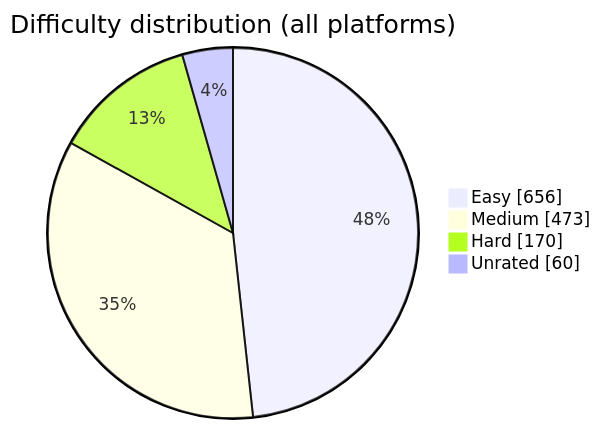
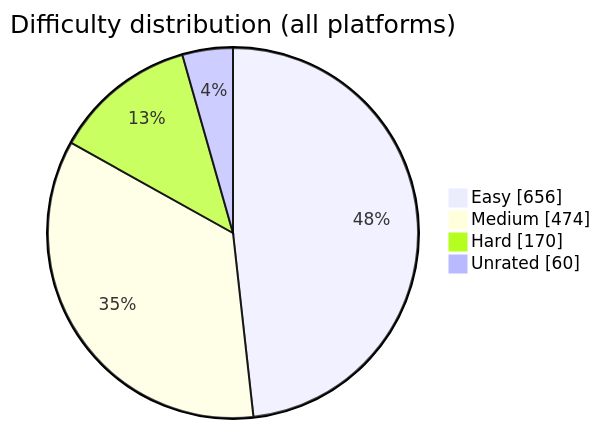
One commit to BuildbyArindam/Daily-Coding-Log changed the diagram in README.md. Above: the diagram before and after it, drawn with Mermaid. The commit also changed other lines of this file, not shown here.

````diff
--- a/README.md
+++ b/README.md
@@ -93,7 +93,7 @@
 ```mermaid
 pie showData title Difficulty distribution (all platforms)
     "Easy" : 656
-    "Medium" : 473
+    "Medium" : 474
     "Hard" : 170
     "Unrated" : 60
 ```
````
